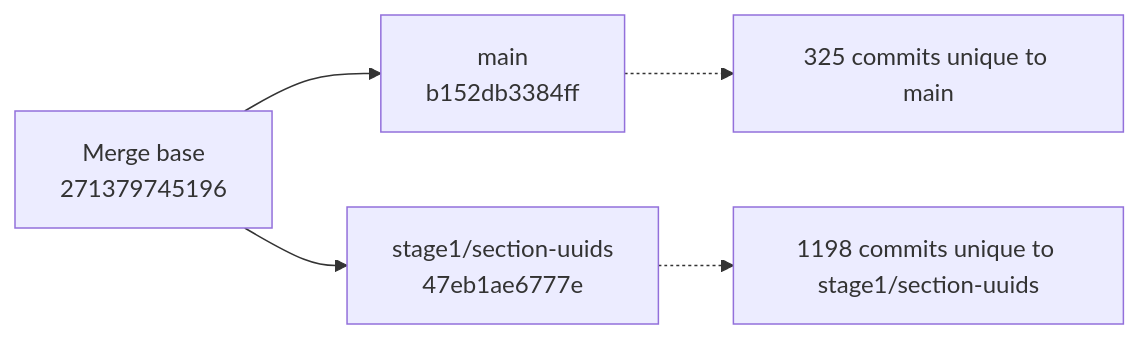
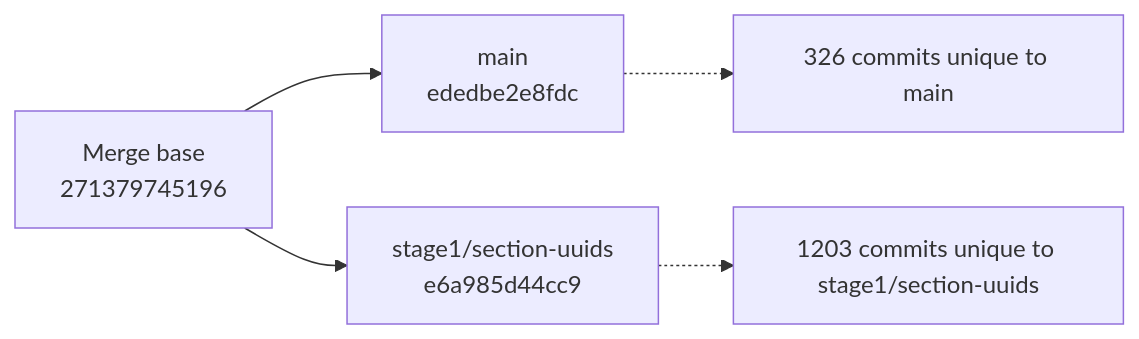
The diagram in branch-graphify-results/latest/git-lineage.mmd (snoopdock/Finite_element_analysis_project), drawn with Mermaid before and after one commit. The commit also changed 10 other files, not shown here.

Commit message:
Update Graphify branch analysis [skip ci]

```diff
--- a/branch-graphify-results/latest/git-lineage.mmd
+++ b/branch-graphify-results/latest/git-lineage.mmd
@@ -1,10 +1,10 @@
 flowchart LR
   MB["Merge base<br/>271379745196"]
-  B["main<br/>b152db3384ff"]
-  C["stage1/section-uuids<br/>47eb1ae6777e"]
+  B["main<br/>ededbe2e8fdc"]
+  C["stage1/section-uuids<br/>e6a985d44cc9"]
   MB --> B
   MB --> C
-  B_note["325 commits unique to main"]
-  C_note["1198 commits unique to stage1/section-uuids"]
+  B_note["326 commits unique to main"]
+  C_note["1203 commits unique to stage1/section-uuids"]
   B -.-> B_note
   C -.-> C_note
```
